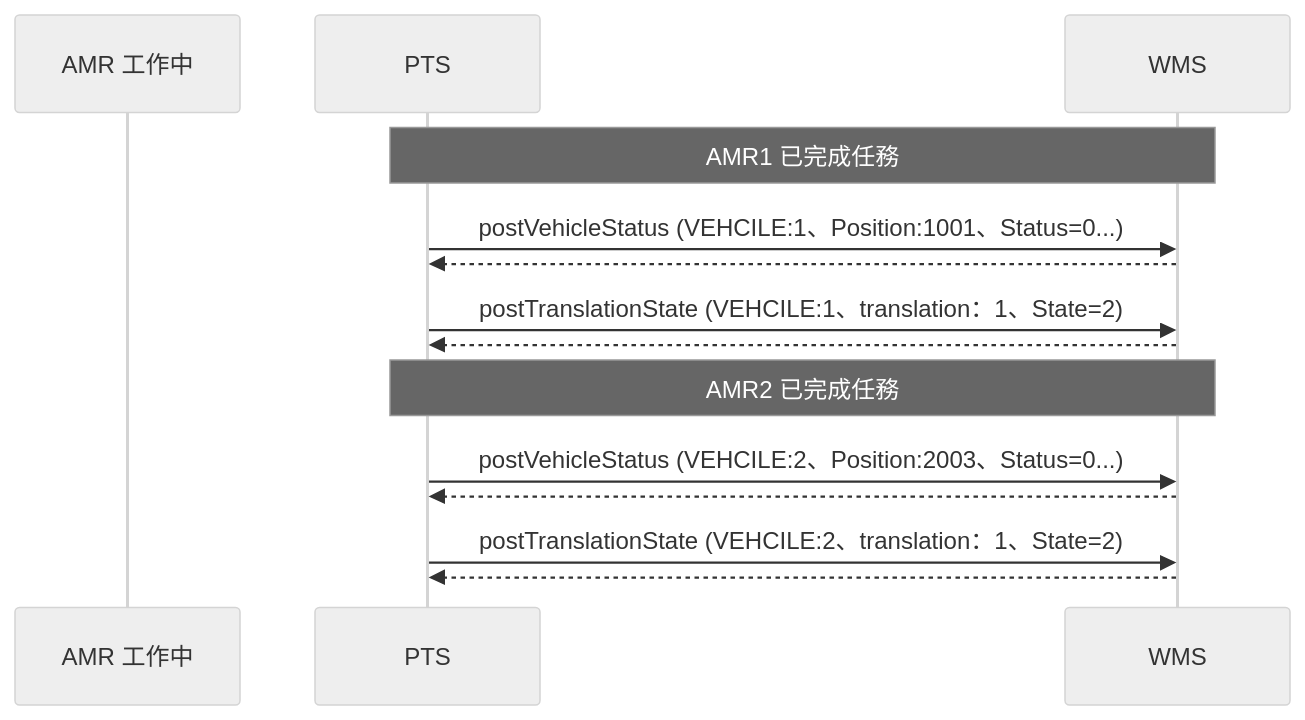
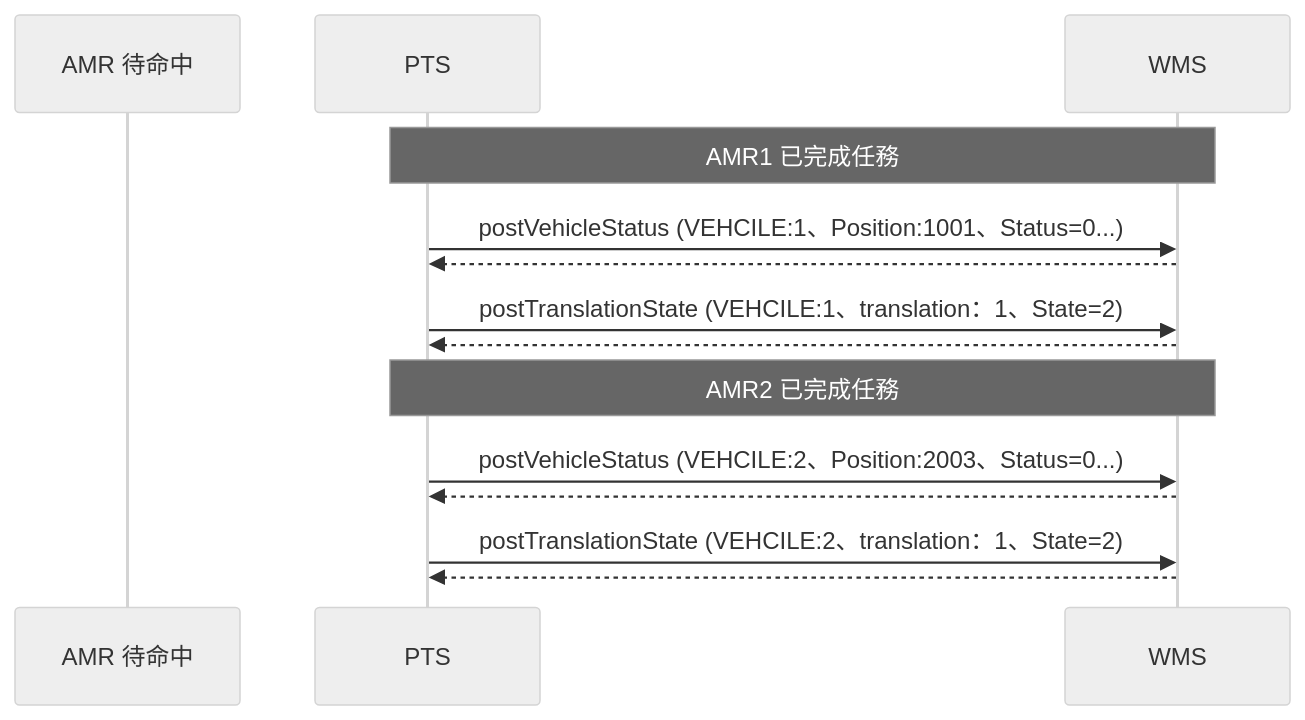
Before and after one commit to athena-tircgo/amr-wms-lsj: the eighth of 8 diagrams in README.md, drawn with Mermaid (neutral theme). The commit also changed other lines of this file, not shown here.

````diff
--- a/README.md
+++ b/README.md
@@ -410,19 +410,19 @@
 ```mermaid
 sequenceDiagram
-    participant AMR 工作中
+    participant AMR 待命中
     participant PTS
     participant WMS
 
 note over PTS,WMS: AMR1 已完成任務
      PTS->>WMS: postVehicleStatus (VEHCILE:1、Position:1001、Status=0...)
      WMS-->>PTS:
      PTS->>WMS: postTranslationState (VEHCILE:1、translation：1、State=2)
      WMS-->>PTS:
 
 note over PTS,WMS: AMR2 已完成任務
      PTS->>WMS: postVehicleStatus (VEHCILE:2、Position:2003、Status=0...)
      WMS-->>PTS:
      PTS->>WMS: postTranslationState (VEHCILE:2、translation：1、State=2)
      WMS-->>PTS:
 
 ```
````
